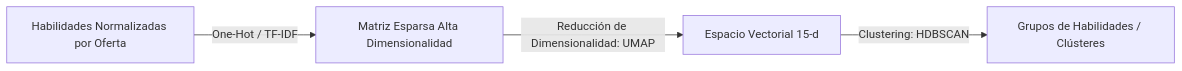
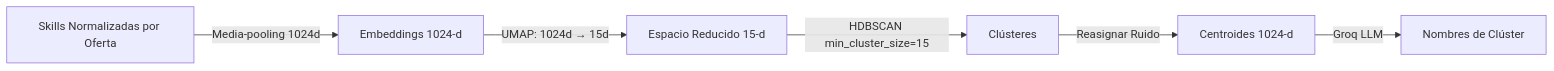
The diagram in MODEL.md (devalign/devalign-docs), drawn with Mermaid before and after one commit. The commit also changed other lines of this file and 8 other files, not shown here.

Commit message:
docs: update architecture documentation to reflect modular offline scraping, multi-phase CV processing, and hybrid LLM strategies

````diff
--- a/MODEL.md
+++ b/MODEL.md
@@ -55,6 +111,8 @@
 ```mermaid
 graph LR
-    Raw[Habilidades Normalizadas por Oferta] -->|One-Hot / TF-IDF| Mat[Matriz Esparsa Alta Dimensionalidad]
-    Mat -->|Reducción de Dimensionalidad: UMAP| Red[Espacio Vectorial 15-d]
-    Red -->|Clustering: HDBSCAN| Clust[Grupos de Habilidades / Clústeres]
+    Raw[Skills Normalizadas por Oferta] -->|Media-pooling 1024d| Emb[Embeddings 1024-d]
+    Emb -->|UMAP: 1024d → 15d| Red[Espacio Reducido 15-d]
+    Red -->|HDBSCAN min_cluster_size=15| Clust[Clústeres]
+    Clust -->|Reasignar Ruido| Centroides[Centroides 1024-d]
+    Centroides -->|Groq LLM| Names[Nombres de Clúster]
 ```
````
